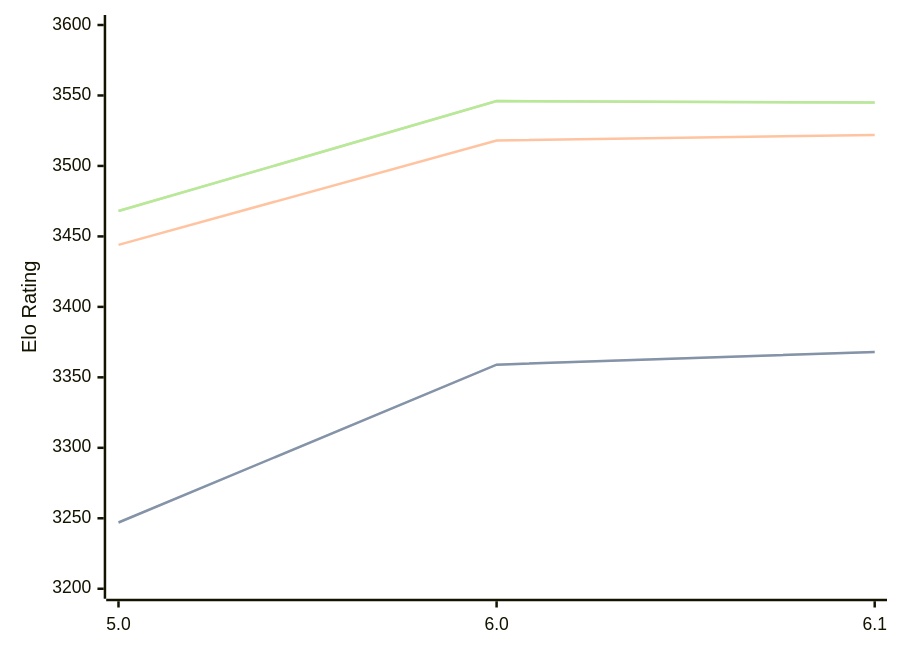
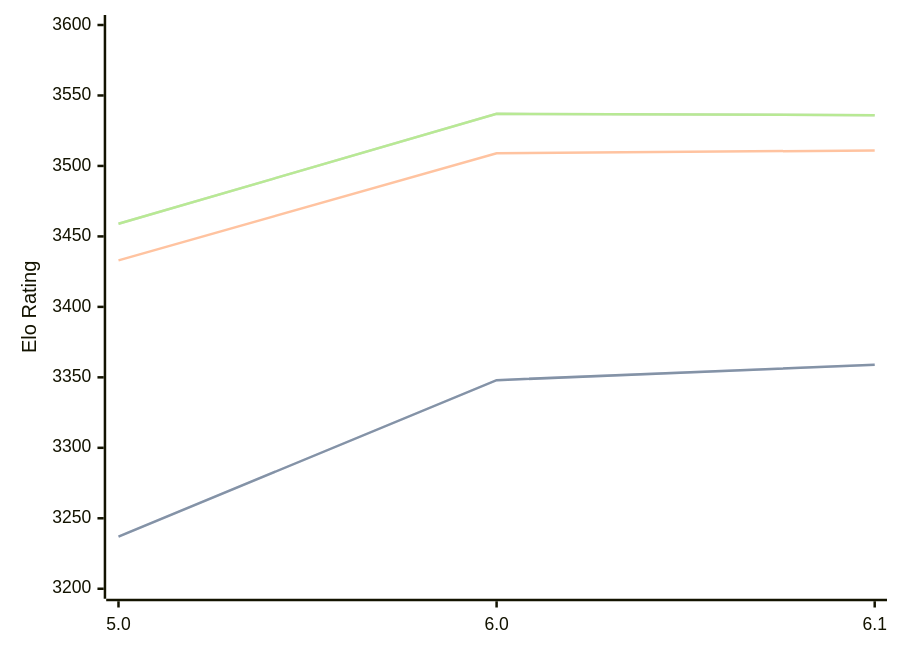
Before and after one commit to computer-chess-index/cci: the diagram in engines/Starzix.md, drawn with Mermaid. The commit also changed other lines of this file, not shown here.

Commit message:
Update CCI Ratings (ELO VLTC) - 2026-03-19

````diff
--- a/engines/Starzix.md
+++ b/engines/Starzix.md
@@ -35,11 +35,11 @@
 ```mermaid
 %%{init: {"theme":"base","themeVariables":{"seriesColors:['#a3a3a3','#222221','#faa371']}}}%%
 xychart-beta
   x-axis ["5.0", "6.0", "6.1"]
   y-axis "Elo Rating" 3200 --> 3600
-  line "STC (8.0+0.08s)" [3247, 3359, 3368]
-  line "STC (8.0+0.08s)" [3247, 3359, 3368]
-  line "LTC (60.0+0.60s)" [3444, 3518, 3522]
-  line "VLTC (2m24s+1.12s)" [3468, 3546, 3545]
-  line "VLTC (2m24s+1.12s)" [3468, 3546, 3545]
+  line "STC (8.0+0.08s)" [3237, 3348, 3359]
+  line "STC (8.0+0.08s)" [3237, 3348, 3359]
+  line "LTC (60.0+0.60s)" [3433, 3509, 3511]
+  line "VLTC (2m24s+1.12s)" [3459, 3537, 3536]
+  line "VLTC (2m24s+1.12s)" [3459, 3537, 3536]
 ```
````
